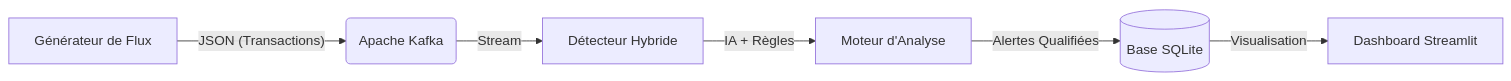
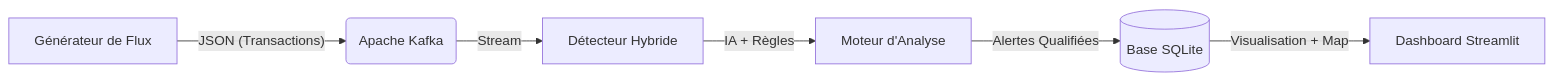
Before and after one commit to mmct13/mobile-money-ai: the diagram in README.md, drawn with Mermaid. The commit also changed other lines of this file and 15 other files, not shown here.

````diff
--- a/README.md
+++ b/README.md
@@ -37,8 +39,8 @@
 ```mermaid
 graph LR
     G[Générateur de Flux] -->|"JSON (Transactions)"| K(Apache Kafka)
     K -->|Stream| D[Détecteur Hybride]
     D -->|"IA + Règles"| E[Moteur d'Analyse]
     E -->|"Alertes Qualifiées"| DB[(Base SQLite)]
-    DB -->|Visualisation| S[Dashboard Streamlit]
+    DB -->|Visualisation + Map| S[Dashboard Streamlit]
 ```
````
